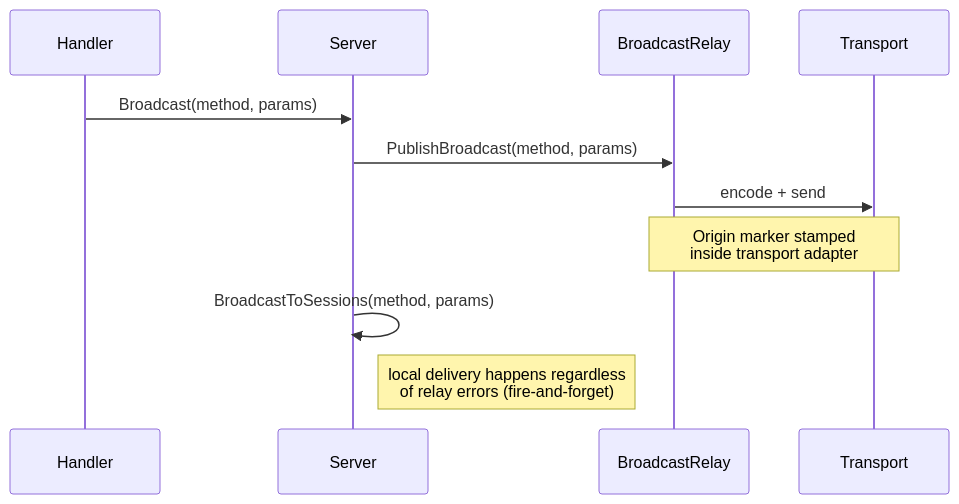
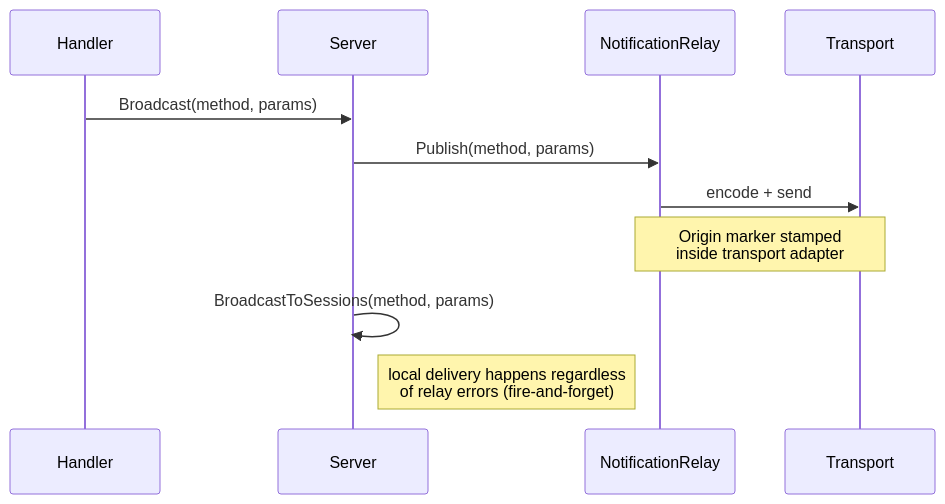
Before and after one commit to panyam/mcpkit: the fifth of 22 diagrams in docs/MULTI_REPLICA.md, drawn with Mermaid. The commit also changed other lines of this file and 15 other files, not shown here.

First line of the commit message:
relay: rename BroadcastRelay → NotificationRelay + family (issue 770 PR A)

````diff
--- a/docs/MULTI_REPLICA.md
+++ b/docs/MULTI_REPLICA.md
@@ -179,14 +179,14 @@
 ```mermaid
 sequenceDiagram
     participant H as Handler
     participant S as Server
-    participant R as BroadcastRelay
+    participant R as NotificationRelay
     participant T as Transport
 
     H->>S: Broadcast(method, params)
-    S->>R: PublishBroadcast(method, params)
+    S->>R: Publish(method, params)
     R->>T: encode + send
     Note over R,T: Origin marker stamped<br/>inside transport adapter
     S->>S: BroadcastToSessions(method, params)
     Note right of S: local delivery happens regardless<br/>of relay errors (fire-and-forget)
 ```
````
